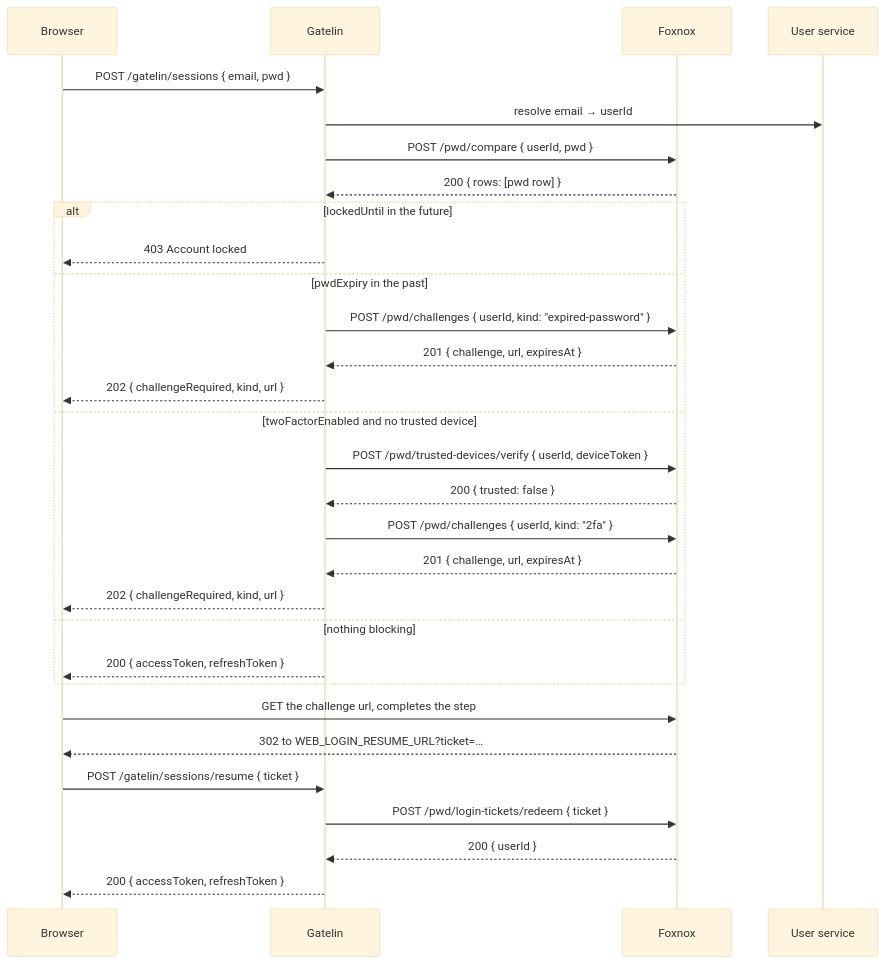
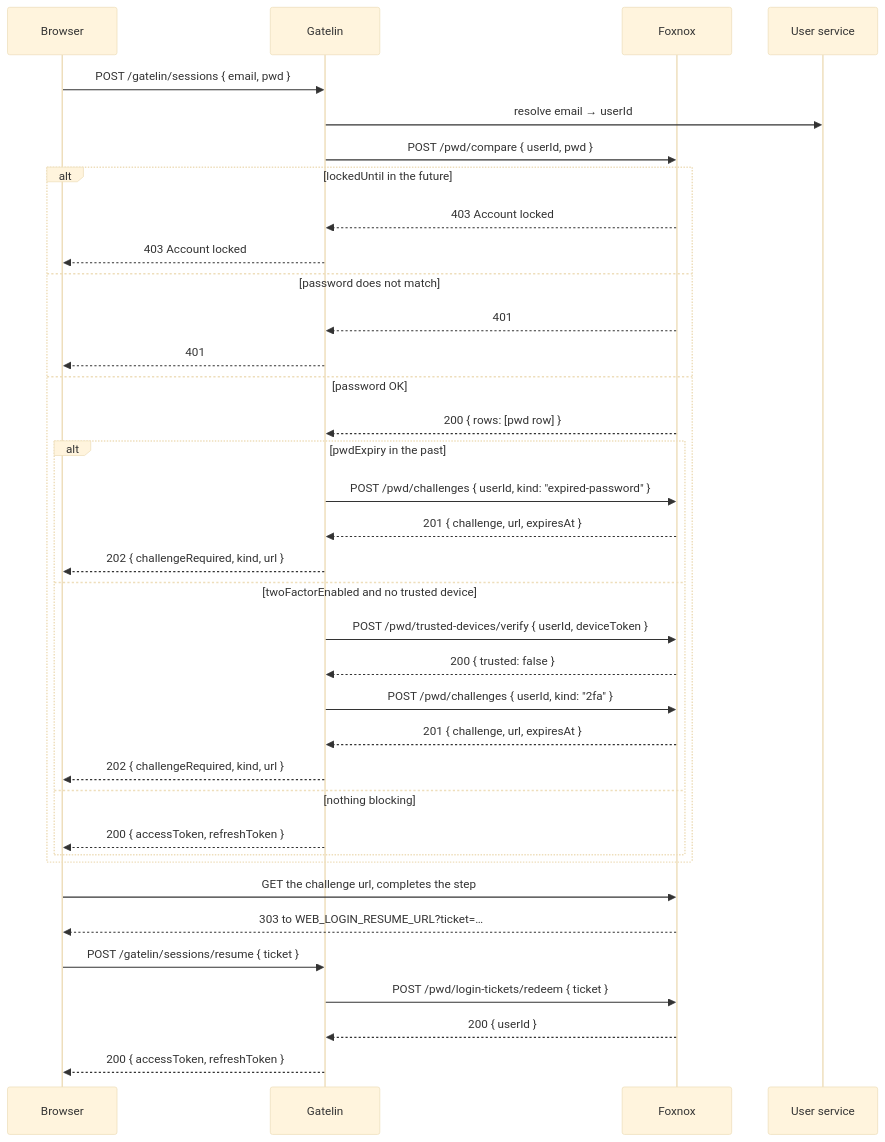
Before and after one commit to ALTEN-group/Foxnox: the diagram in website/docs/guide/api-challenges.md, drawn with Mermaid (base theme). The commit also changed 13 other files, not shown here.

````diff
--- a/website/docs/guide/api-challenges.md
+++ b/website/docs/guide/api-challenges.md
@@ -23,35 +23,40 @@
 ```mermaid
 sequenceDiagram
     participant B as Browser
     participant G as Gatelin
     participant F as Foxnox
     participant U as User service
 
     B->>G: POST /gatelin/sessions { email, pwd }
     G->>U: resolve email → userId
     G->>F: POST /pwd/compare { userId, pwd }
-    F-->>G: 200 { rows: [pwd row] }
-
     alt lockedUntil in the future
+        F-->>G: 403 Account locked
         G-->>B: 403 Account locked
-    else pwdExpiry in the past
-        G->>F: POST /pwd/challenges { userId, kind: "expired-password" }
-        F-->>G: 201 { challenge, url, expiresAt }
-        G-->>B: 202 { challengeRequired, kind, url }
-    else twoFactorEnabled and no trusted device
-        G->>F: POST /pwd/trusted-devices/verify { userId, deviceToken }
-        F-->>G: 200 { trusted: false }
-        G->>F: POST /pwd/challenges { userId, kind: "2fa" }
-        F-->>G: 201 { challenge, url, expiresAt }
-        G-->>B: 202 { challengeRequired, kind, url }
-    else nothing blocking
-        G-->>B: 200 { accessToken, refreshToken }
+    else password does not match
+        F-->>G: 401
+        G-->>B: 401
+    else password OK
+        F-->>G: 200 { rows: [pwd row] }
+        alt pwdExpiry in the past
+            G->>F: POST /pwd/challenges { userId, kind: "expired-password" }
+            F-->>G: 201 { challenge, url, expiresAt }
+            G-->>B: 202 { challengeRequired, kind, url }
+        else twoFactorEnabled and no trusted device
+            G->>F: POST /pwd/trusted-devices/verify { userId, deviceToken }
+            F-->>G: 200 { trusted: false }
+            G->>F: POST /pwd/challenges { userId, kind: "2fa" }
+            F-->>G: 201 { challenge, url, expiresAt }
+            G-->>B: 202 { challengeRequired, kind, url }
+        else nothing blocking
+            G-->>B: 200 { accessToken, refreshToken }
+        end
     end
 
     B->>F: GET the challenge url, completes the step
-    F-->>B: 302 to WEB_LOGIN_RESUME_URL?ticket=…
+    F-->>B: 303 to WEB_LOGIN_RESUME_URL?ticket=…
     B->>G: POST /gatelin/sessions/resume { ticket }
     G->>F: POST /pwd/login-tickets/redeem { ticket }
     F-->>G: 200 { userId }
     G-->>B: 200 { accessToken, refreshToken }
 ```
````
